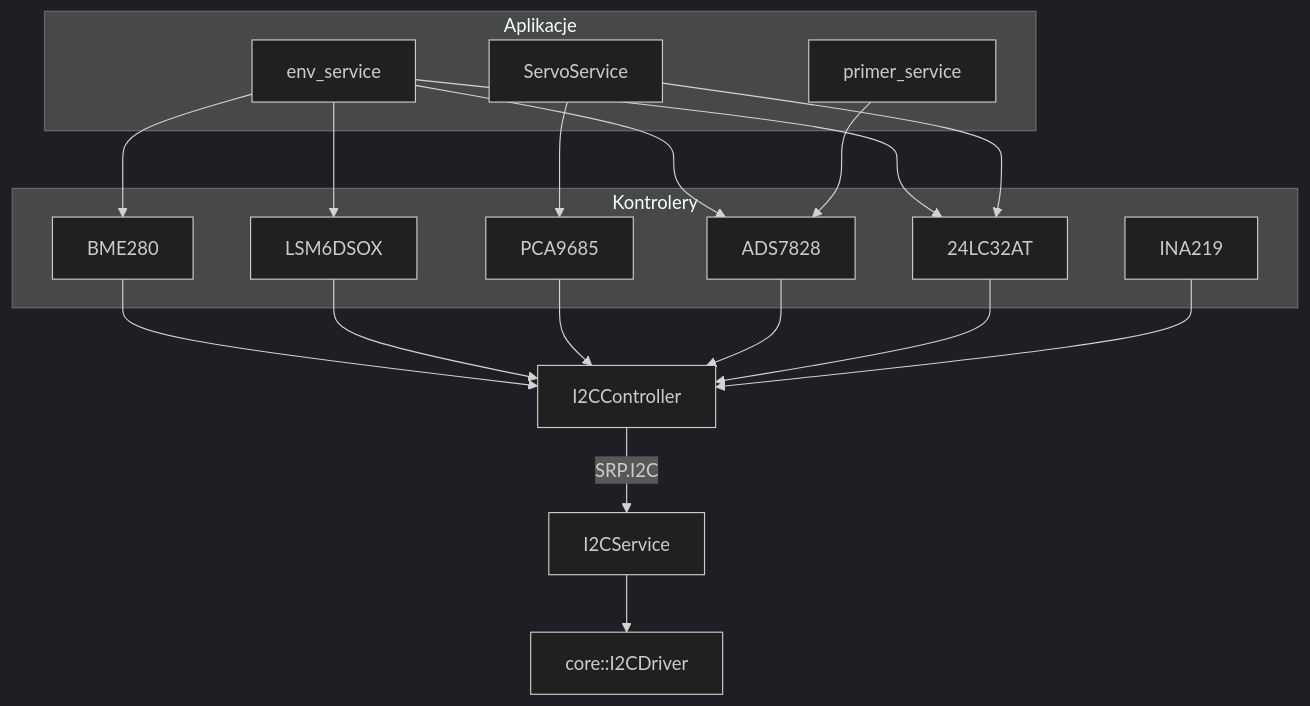
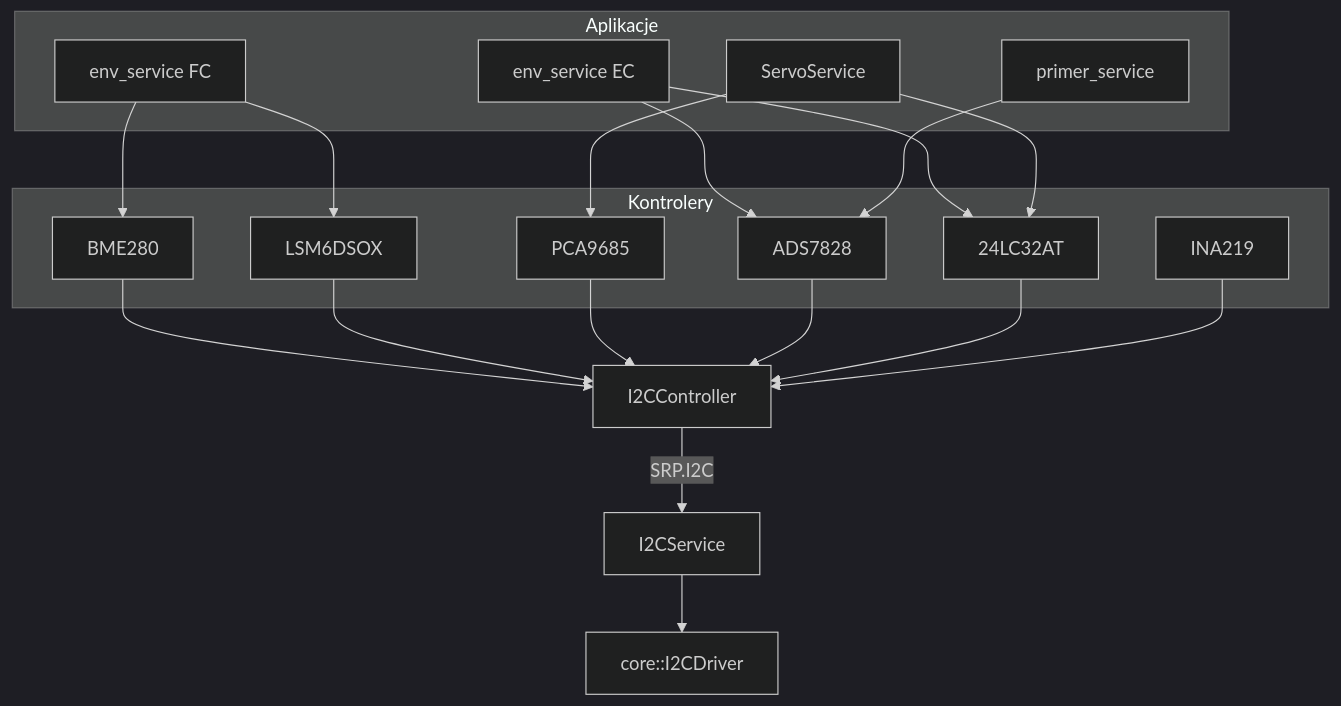
Before and after one commit to Simba-Avionic/srp: the diagram in mw/i2c_service/README.md, drawn with Mermaid (dark theme).

Commit message:
docs(i2c_service): fix README inaccuracies

````diff
--- a/mw/i2c_service/README.md
+++ b/mw/i2c_service/README.md
@@ -20,22 +20,24 @@
 ```mermaid
 flowchart TB
   subgraph Aplikacje
-    Env[env_service]
+    Env[env_service EC]
+    EnvFc[env_service FC]
     Servo[ServoService]
     Primer[primer_service]
   end
   subgraph Kontrolery
     BME[BME280]
     IMU[LSM6DSOX]
     PCA[PCA9685]
     ADC[ADS7828]
     EE[24LC32AT]
     INA[INA219]
   end
-  Env --> BME & IMU & ADC & EE
+  Env --> ADC & EE
+  EnvFc --> BME & IMU
   Servo --> PCA & EE
   Primer --> ADC
   BME & IMU & PCA & ADC & EE & INA --> IC[I2CController]
   IC -->|SRP.I2C| S[I2CService]
   S --> D[core::I2CDriver]
 ```
````
